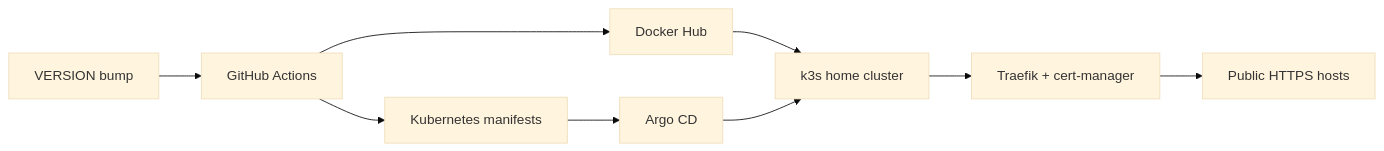
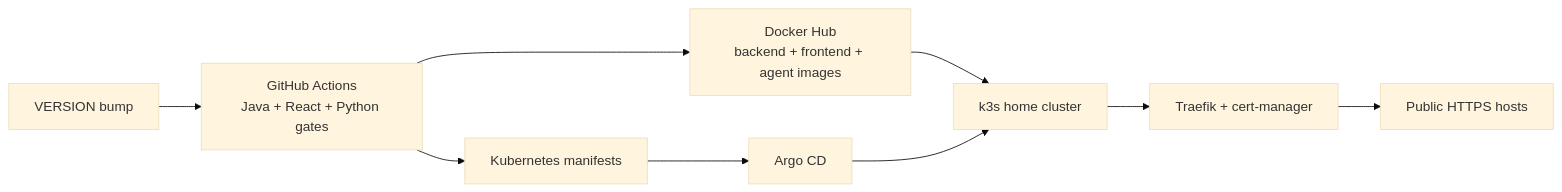
Before and after one commit to NiklasTiede/imdb-clone: the third of 3 diagrams in README.md, drawn with Mermaid (base theme). The commit also changed other lines of this file and 48 other files, not shown here.

````diff
--- a/README.md
+++ b/README.md
@@ -112,20 +171,20 @@
 ```mermaid
 flowchart LR
   version["VERSION bump"]
-  ci["GitHub Actions"]
-  registry["Docker Hub"]
+  ci["GitHub Actions<br/>Java + React + Python gates"]
+  registry["Docker Hub<br/>backend + frontend + agent images"]
   manifests["Kubernetes manifests"]
   argocd["Argo CD"]
   cluster["k3s home cluster"]
   ingress["Traefik + cert-manager"]
   public["Public HTTPS hosts"]
 
   version --> ci
   ci --> registry
   ci --> manifests
   manifests --> argocd
   registry --> cluster
   argocd --> cluster
   cluster --> ingress
   ingress --> public
 ```
````
